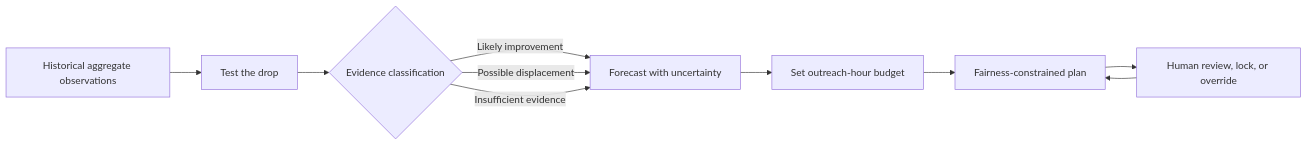
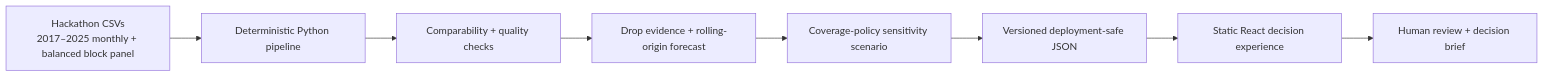
Before and after one commit to dcondrey/buildingforgood: the diagram in README.md, drawn with Mermaid. The commit also changed other lines of this file and 61 other files, not shown here.

````diff
--- a/README.md
+++ b/README.md
@@ -44,12 +139,10 @@
 ```mermaid
 flowchart LR
-    A[Historical aggregate observations] --> B[Test the drop]
-    B --> C{Evidence classification}
-    C -->|Likely improvement| D[Forecast with uncertainty]
-    C -->|Possible displacement| D
-    C -->|Insufficient evidence| D
-    D --> E[Set outreach-hour budget]
-    E --> F[Fairness-constrained plan]
-    F --> G[Human review, lock, or override]
-    G --> F
+    A[Hackathon CSVs<br/>2017–2025 monthly + balanced block panel] --> B[Deterministic Python pipeline]
+    B --> C[Comparability + quality checks]
+    C --> D[Drop evidence + rolling-origin forecast]
+    D --> E[Coverage-policy sensitivity scenario]
+    E --> F[Versioned deployment-safe JSON]
+    F --> G[Static React decision experience]
+    G --> H[Human review + decision brief]
 ```
````
